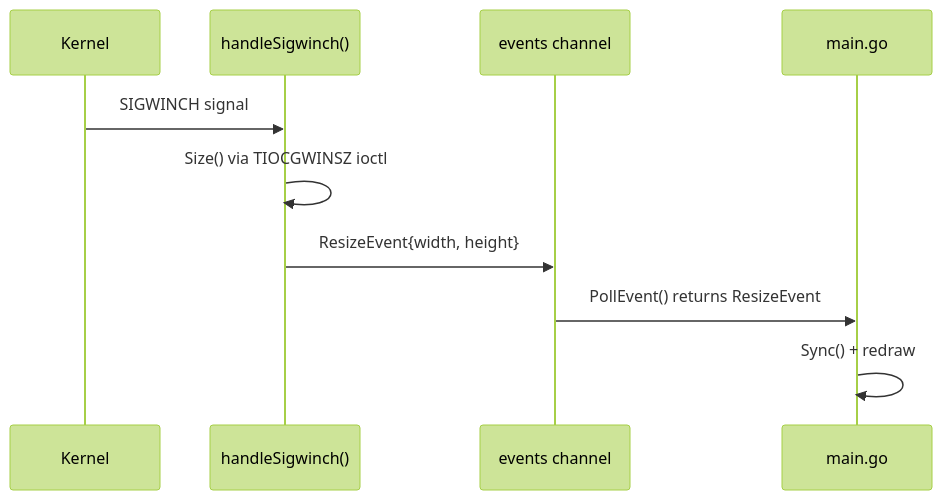
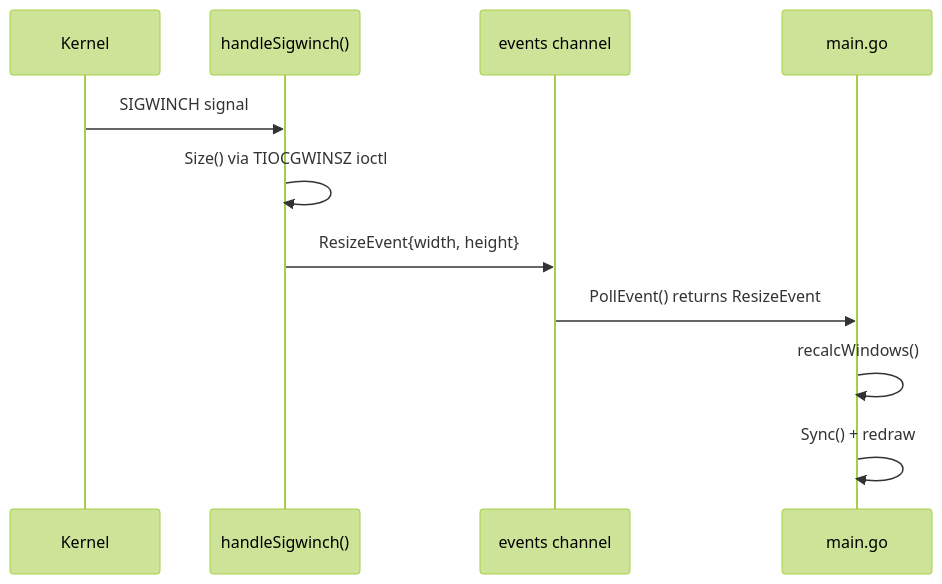
Before and after one commit to ryogrid/gomacs: the tenth of 10 diagrams in impl_docs/terminal.md, drawn with Mermaid (forest theme). The commit also changed other lines of this file and 4 other files, not shown here.

````diff
--- a/impl_docs/terminal.md
+++ b/impl_docs/terminal.md
@@ -307,13 +361,14 @@
 ```mermaid
 sequenceDiagram
     participant Kernel
     participant SigHandler as handleSigwinch()
     participant EventChan as events channel
     participant EventLoop as main.go
 
     Kernel->>SigHandler: SIGWINCH signal
     SigHandler->>SigHandler: Size() via TIOCGWINSZ ioctl
     SigHandler->>EventChan: ResizeEvent{width, height}
     EventChan->>EventLoop: PollEvent() returns ResizeEvent
+    EventLoop->>EventLoop: recalcWindows()
     EventLoop->>EventLoop: Sync() + redraw
 ```
````
